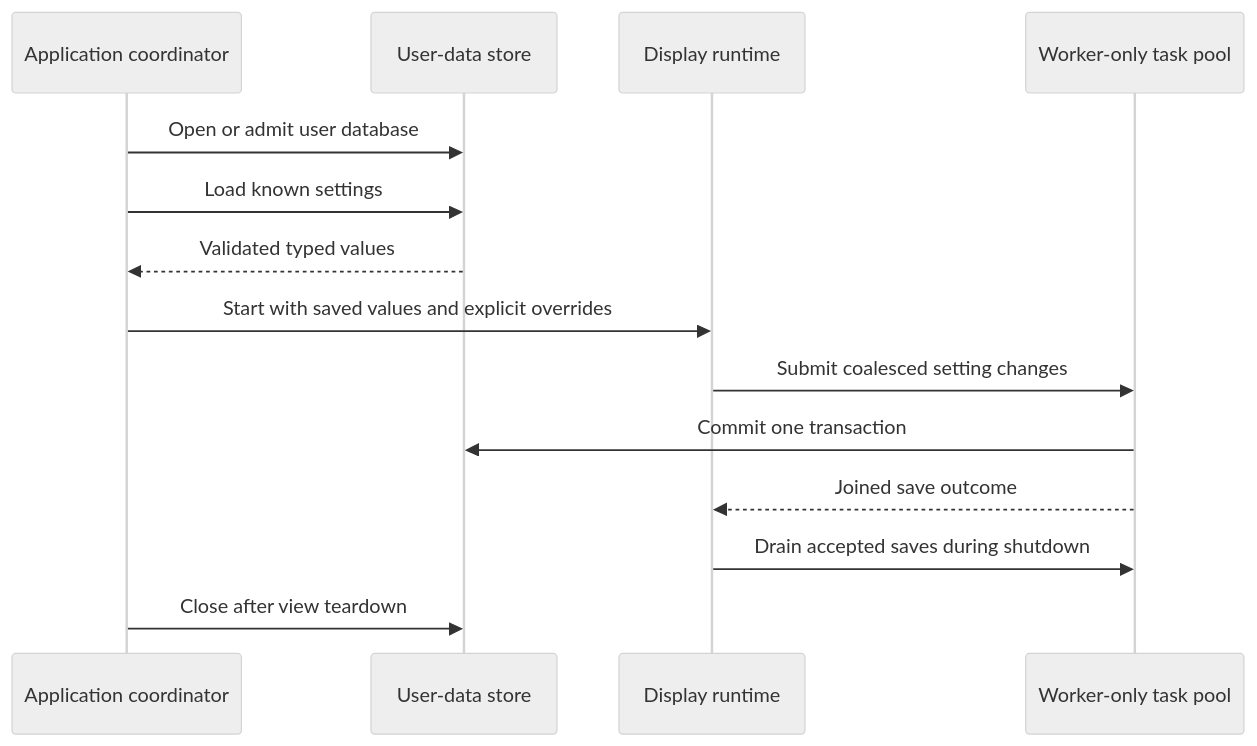
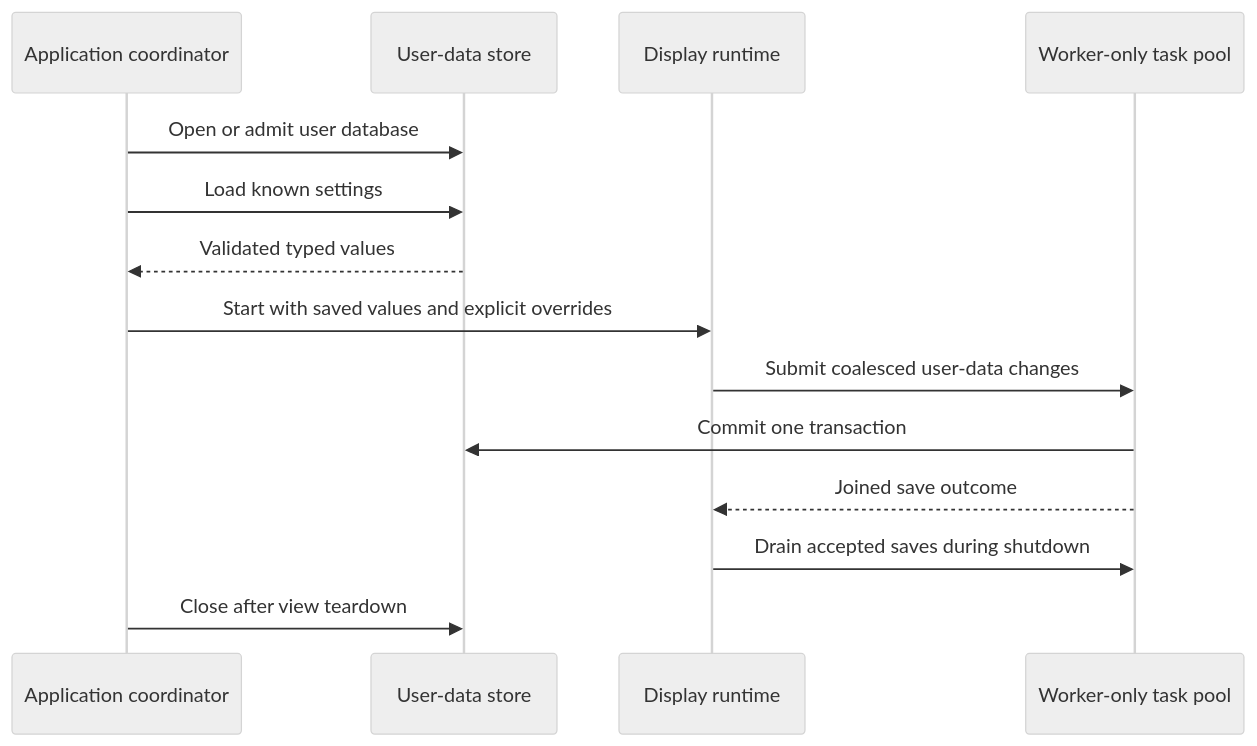
One commit to derekshoneycutt/Euclid changed the fifth of 5 diagrams in docs/wiki/Guides/Sqlite3.md. Above: the diagram before and after it, drawn with Mermaid (neutral theme). The commit also changed other lines of this file and 74 other files, not shown here.

````diff
--- a/docs/wiki/Guides/Sqlite3.md
+++ b/docs/wiki/Guides/Sqlite3.md
@@ -235,17 +252,17 @@
 ```mermaid
 sequenceDiagram
     participant App as Application coordinator
     participant Store as User-data store
     participant View as Display runtime
     participant Pool as Worker-only task pool
 
     App->>Store: Open or admit user database
     App->>Store: Load known settings
     Store-->>App: Validated typed values
     App->>View: Start with saved values and explicit overrides
-    View->>Pool: Submit coalesced setting changes
+    View->>Pool: Submit coalesced user-data changes
     Pool->>Store: Commit one transaction
     Pool-->>View: Joined save outcome
     View->>Pool: Drain accepted saves during shutdown
     App->>Store: Close after view teardown
 ```
````
